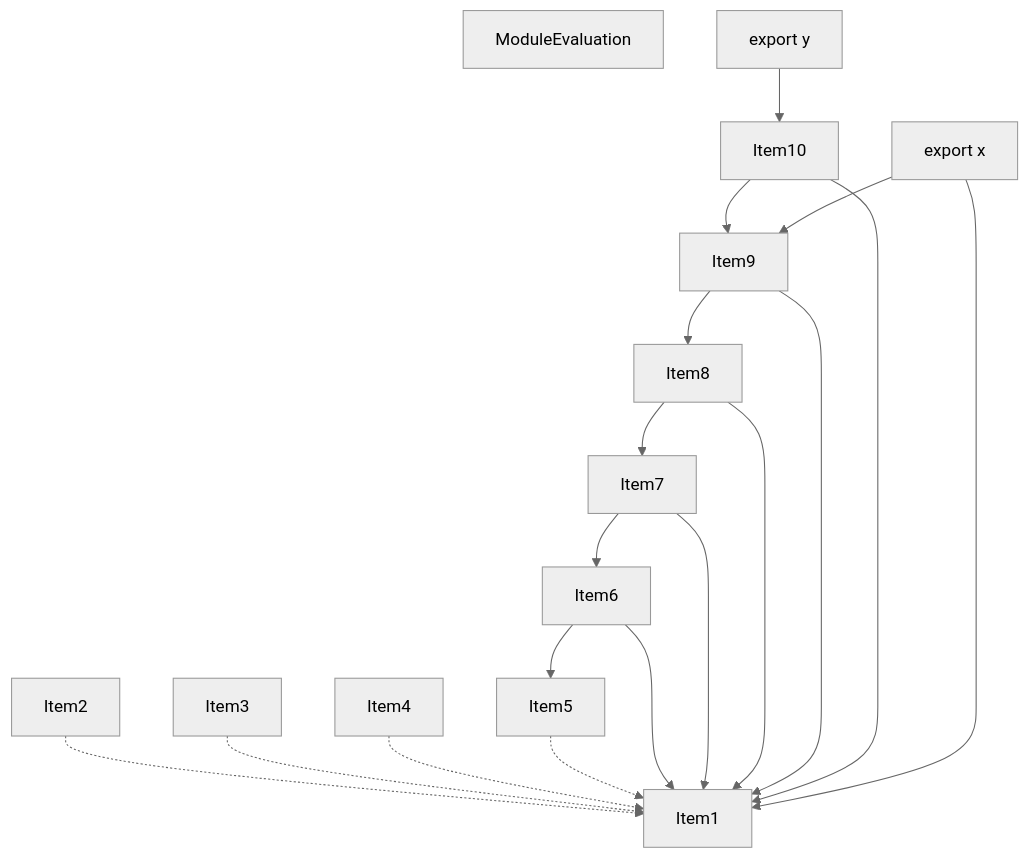
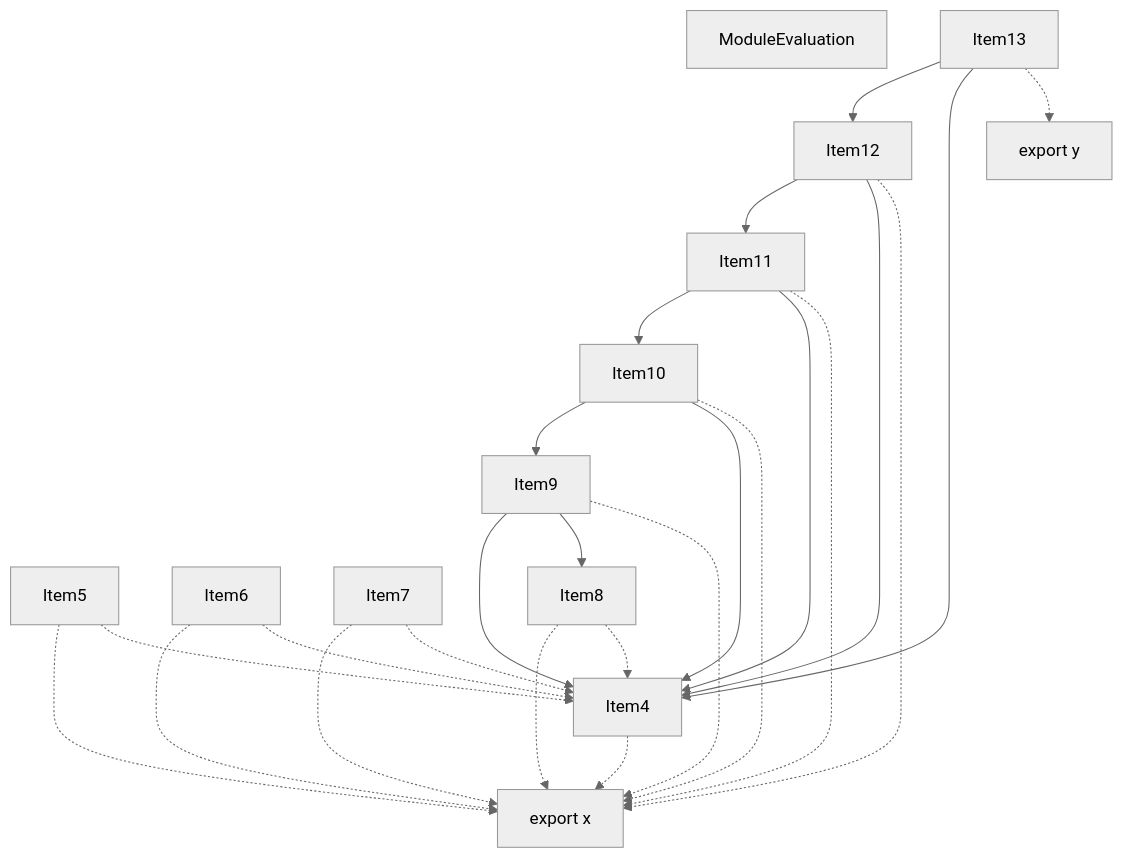
One commit to vercel/turborepo changed the second of 5 diagrams in crates/turbopack-ecmascript/tests/tree-shaker/analyzer/grouping/output.md. Above: the diagram before and after it, drawn with Mermaid (neutral theme). The commit also changed other lines of this file and 24 other files, not shown here.

````diff
--- a/crates/turbopack-ecmascript/tests/tree-shaker/analyzer/grouping/output.md
+++ b/crates/turbopack-ecmascript/tests/tree-shaker/analyzer/grouping/output.md
@@ -123,36 +123,43 @@
 ```mermaid
 graph TD
     Item1;
+    Item1["ModuleEvaluation"];
     Item2;
+    Item2["export x"];
     Item3;
+    Item3["export y"];
     Item4;
     Item5;
     Item6;
     Item7;
     Item8;
     Item9;
     Item10;
     Item11;
-    Item11["ModuleEvaluation"];
     Item12;
-    Item12["export x"];
     Item13;
-    Item13["export y"];
-    Item2 -.-> Item1;
-    Item3 -.-> Item1;
-    Item4 -.-> Item1;
-    Item5 -.-> Item1;
-    Item6 --> Item1;
-    Item6 --> Item5;
-    Item7 --> Item6;
-    Item7 --> Item1;
-    Item8 --> Item7;
-    Item8 --> Item1;
+    Item4 -.-> Item2;
+    Item5 -.-> Item2;
+    Item5 -.-> Item4;
+    Item6 -.-> Item2;
+    Item6 -.-> Item4;
+    Item7 -.-> Item2;
+    Item7 -.-> Item4;
+    Item8 -.-> Item2;
+    Item8 -.-> Item4;
+    Item9 --> Item4;
     Item9 --> Item8;
-    Item9 --> Item1;
+    Item9 -.-> Item2;
     Item10 --> Item9;
-    Item10 --> Item1;
-    Item12 --> Item9;
-    Item12 --> Item1;
-    Item13 --> Item10;
+    Item10 --> Item4;
+    Item10 -.-> Item2;
+    Item11 --> Item10;
+    Item11 --> Item4;
+    Item11 -.-> Item2;
+    Item12 --> Item11;
+    Item12 --> Item4;
+    Item12 -.-> Item2;
+    Item13 --> Item12;
+    Item13 --> Item4;
+    Item13 -.-> Item3;
 ```
````
